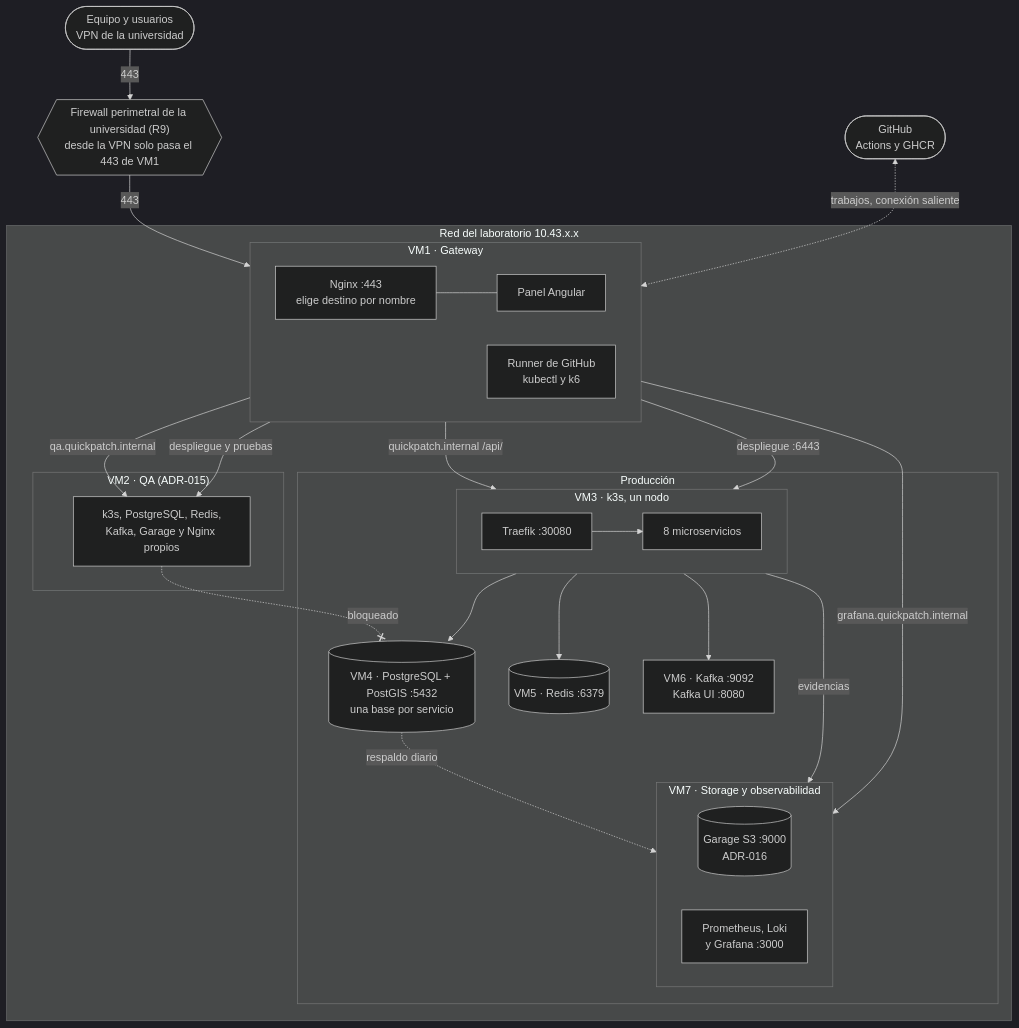
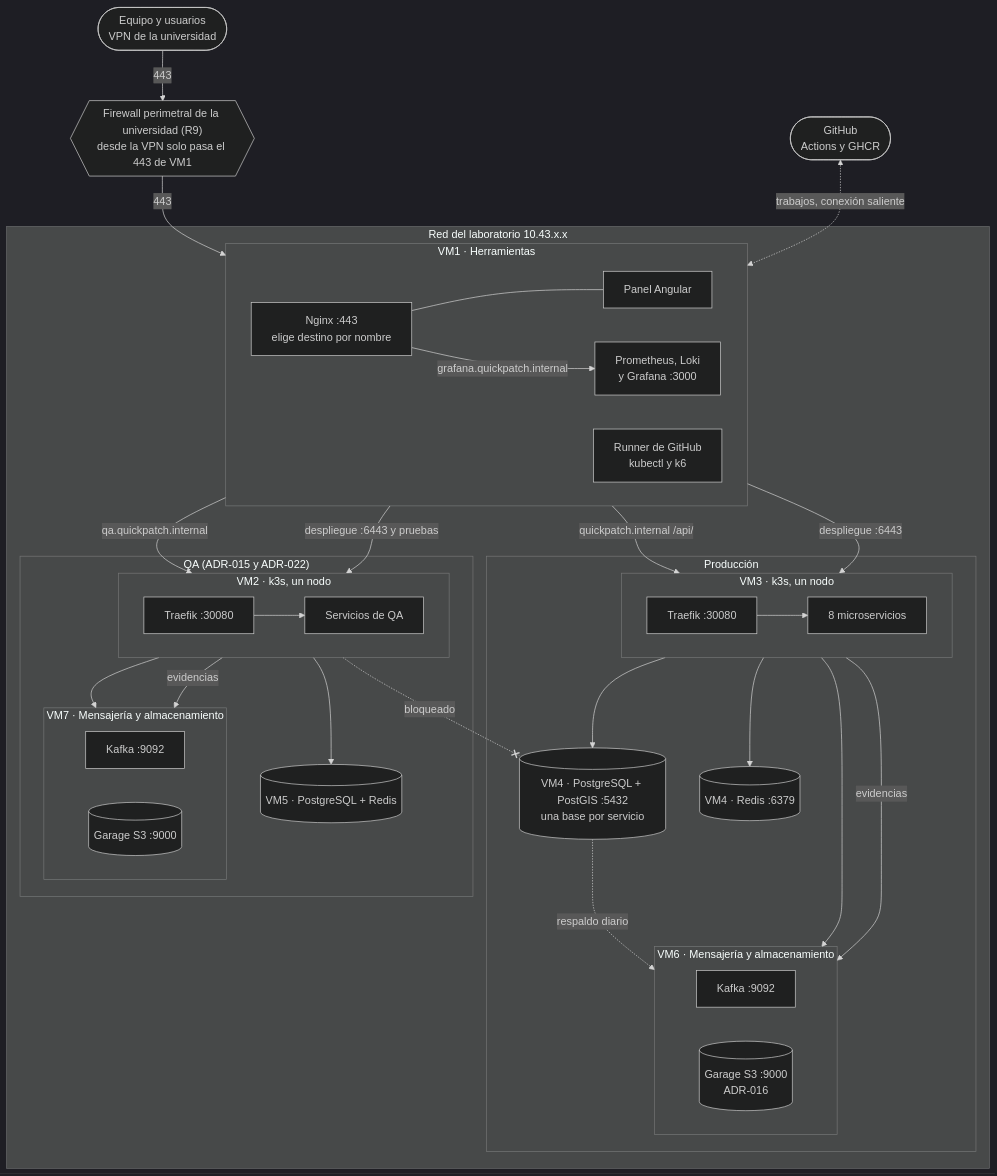
The first of 5 diagrams in docs/infrastructure/INFRASTRUCTURE.md (ARQUI-202630/quickpatch), drawn with Mermaid (dark theme) before and after one commit. The commit also changed other lines of this file, not shown here.

First line of the commit message:
docs(infraestructura): describir el reparto del ADR-022 ya aplicado (v2.4)

````diff
--- a/docs/infrastructure/INFRASTRUCTURE.md
+++ b/docs/infrastructure/INFRASTRUCTURE.md
@@ -51,47 +51,59 @@
 ```mermaid
 flowchart TB
     EQ(["Equipo y usuarios<br/>VPN de la universidad"])
     PERIM{{"Firewall perimetral de la universidad (R9)<br/>desde la VPN solo pasa el 443 de VM1"}}
     GH(["GitHub<br/>Actions y GHCR"])
 
     subgraph LAB["Red del laboratorio 10.43.x.x"]
-        subgraph VM1["VM1 · Gateway"]
+        subgraph VM1["VM1 · Herramientas"]
             direction LR
             NGX["Nginx :443<br/>elige destino por nombre"]
             PANEL["Panel Angular"]
             RUN["Runner de GitHub<br/>kubectl y k6"]
+            OBS["Prometheus, Loki<br/>y Grafana :3000"]
         end
         subgraph PROD["Producción"]
             subgraph VM3["VM3 · k3s, un nodo"]
                 direction LR
                 TRF["Traefik :30080"] --> MS["8 microservicios"]
             end
             PG[("VM4 · PostgreSQL + PostGIS :5432<br/>una base por servicio")]
-            RD[("VM5 · Redis :6379")]
-            KF["VM6 · Kafka :9092<br/>Kafka UI :8080"]
-            subgraph VM7["VM7 · Storage y observabilidad"]
+            RD[("VM4 · Redis :6379")]
+            subgraph VM6["VM6 · Mensajería y almacenamiento"]
                 direction LR
+                KF["Kafka :9092"]
                 GAR[("Garage S3 :9000<br/>ADR-016")]
-                OBS["Prometheus, Loki<br/>y Grafana :3000"]
             end
         end
-        subgraph VM2["VM2 · QA (ADR-015)"]
-            QA["k3s, PostgreSQL, Redis,<br/>Kafka, Garage y Nginx propios"]
+        subgraph QAENV["QA (ADR-015 y ADR-022)"]
+            subgraph VM2["VM2 · k3s, un nodo"]
+                direction LR
+                TRFQ["Traefik :30080"] --> MSQ["Servicios de QA"]
+            end
+            PGQ[("VM5 · PostgreSQL + Redis")]
+            subgraph VM7["VM7 · Mensajería y almacenamiento"]
+                direction LR
+                KFQ["Kafka :9092"]
+                GARQ[("Garage S3 :9000")]
+            end
         end
     end
 
     EQ -->|"443"| PERIM -->|"443"| NGX
     NGX --- PANEL
     NGX -->|"quickpatch.internal /api/"| TRF
-    NGX -->|"qa.quickpatch.internal"| QA
+    NGX -->|"qa.quickpatch.internal"| TRFQ
     NGX -->|"grafana.quickpatch.internal"| OBS
     MS --> PG
     MS --> RD
     MS --> KF
     MS -->|"evidencias"| GAR
     PG -.->|"respaldo diario"| GAR
+    MSQ --> PGQ
+    MSQ --> KFQ
+    MSQ -->|"evidencias"| GARQ
     RUN -->|"despliegue :6443"| TRF
-    RUN -->|"despliegue y pruebas"| QA
+    RUN -->|"despliegue :6443 y pruebas"| TRFQ
     GH <-.->|"trabajos, conexión saliente"| RUN
-    QA -. "bloqueado" .-x PG
+    MSQ -. "bloqueado" .-x PG
 ```
````
